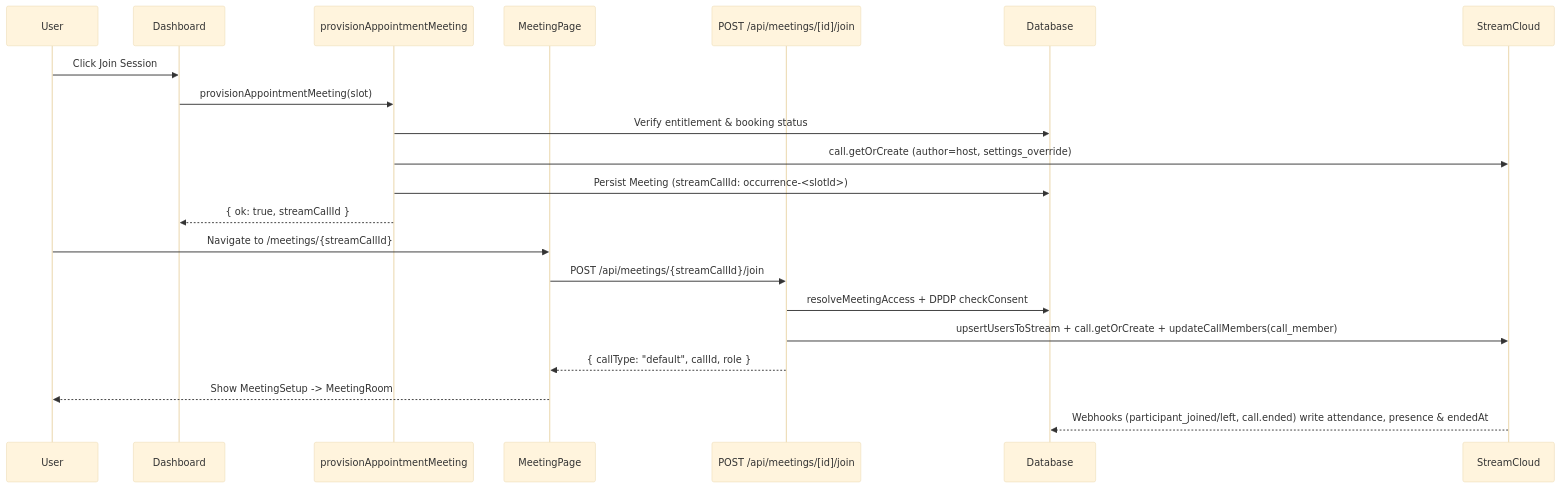
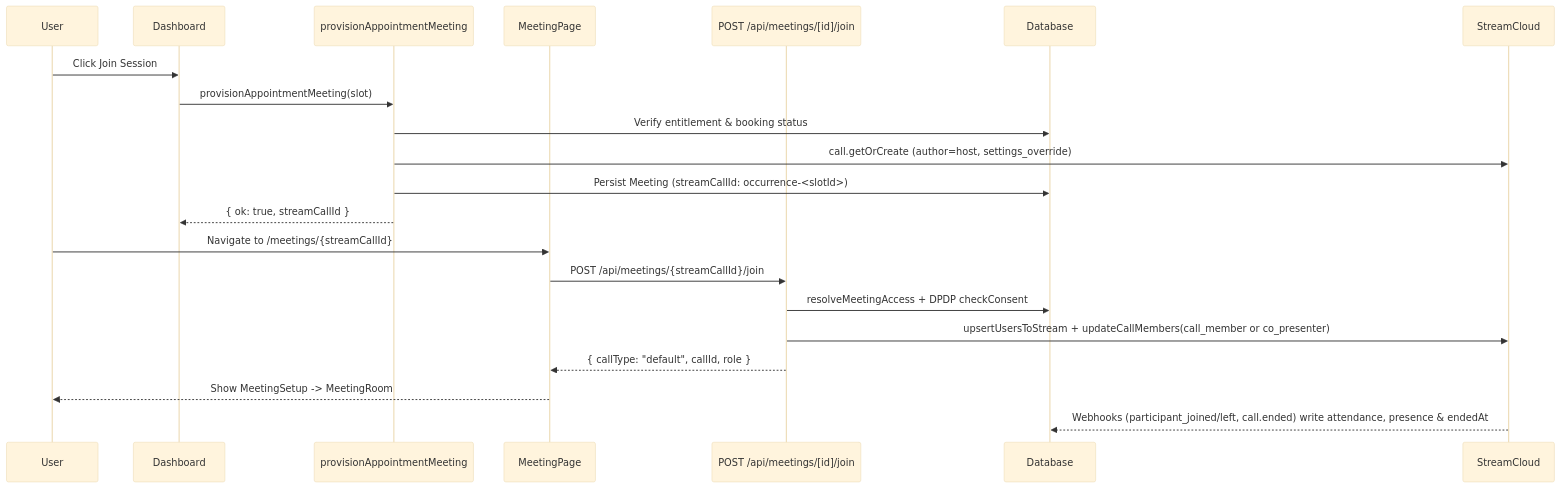
Before and after one commit to Practitionist/familiarise_web: the fifth of 7 diagrams in docs/stream/01-architecture.md, drawn with Mermaid (base theme). The commit also changed 12 other files, not shown here.

First line of the commit message:
fix(stream,payments): co-presenter role, no bare rooms, pay-link reminders, Stream docs

````diff
--- a/docs/stream/01-architecture.md
+++ b/docs/stream/01-architecture.md
@@ -221,25 +221,25 @@
 ```mermaid
 sequenceDiagram
     participant User
     participant Dashboard
     participant MeetingAction as provisionAppointmentMeeting
     participant MeetingPage
     participant JoinRoute as POST /api/meetings/[id]/join
     participant Database
     participant StreamCloud
 
     User->>Dashboard: Click Join Session
     Dashboard->>MeetingAction: provisionAppointmentMeeting(slot)
     MeetingAction->>Database: Verify entitlement & booking status
     MeetingAction->>StreamCloud: call.getOrCreate (author=host, settings_override)
     MeetingAction->>Database: Persist Meeting (streamCallId: occurrence-<slotId>)
     MeetingAction-->>Dashboard: { ok: true, streamCallId }
 
     User->>MeetingPage: Navigate to /meetings/{streamCallId}
     MeetingPage->>JoinRoute: POST /api/meetings/{streamCallId}/join
     JoinRoute->>Database: resolveMeetingAccess + DPDP checkConsent
-    JoinRoute->>StreamCloud: upsertUsersToStream + call.getOrCreate + updateCallMembers(call_member)
+    JoinRoute->>StreamCloud: upsertUsersToStream + updateCallMembers(call_member or co_presenter)
     JoinRoute-->>MeetingPage: { callType: "default", callId, role }
     MeetingPage-->>User: Show MeetingSetup -> MeetingRoom
     StreamCloud-->>Database: Webhooks (participant_joined/left, call.ended) write attendance, presence & endedAt
 ```
````
